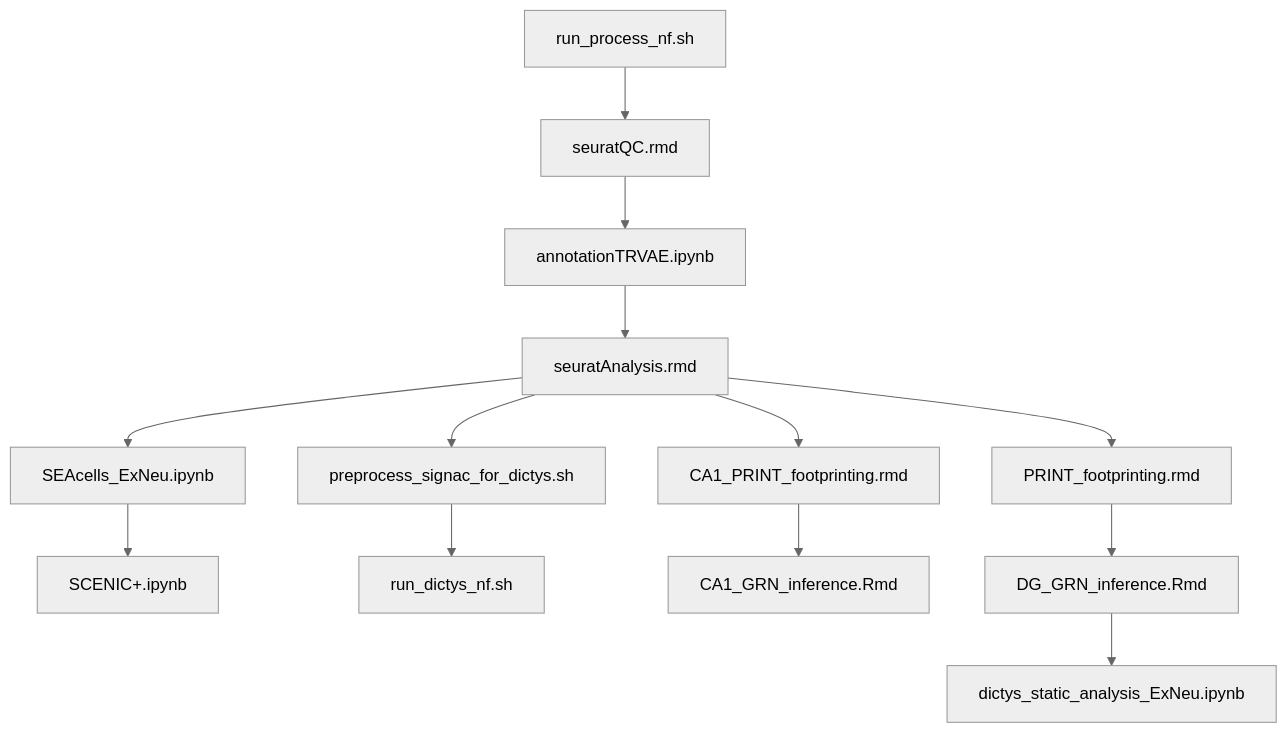
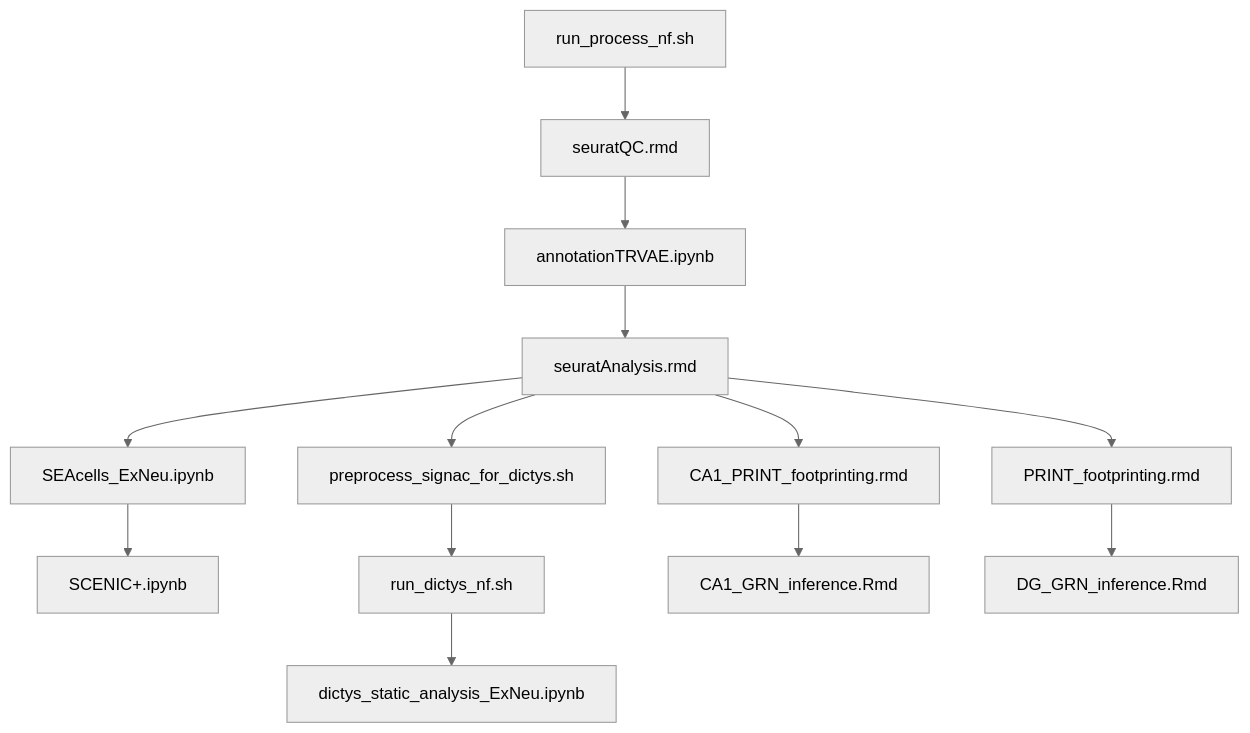
Before and after one commit to AndyCGraham/thesis: the diagram in README.md, drawn with Mermaid (neutral theme).

Commit message:
Fix: fixed readme graph

````diff
--- a/README.md
+++ b/README.md
@@ -28,15 +28,15 @@
 ```mermaid
     graph TD;
         A[run_process_nf.sh] --> B[seuratQC.rmd];
         B --> C[annotationTRVAE.ipynb];
         C --> D[seuratAnalysis.rmd];
         D --> E[PRINT_footprinting.rmd];
         D --> F[CA1_PRINT_footprinting.rmd];
         D --> G[SEAcells_ExNeu.ipynb];
         G --> H[SCENIC+.ipynb];
         D --> I[preprocess_signac_for_dictys.sh];
         I --> J[run_dictys_nf.sh];
         F --> K[CA1_GRN_inference.Rmd];
         E --> L[DG_GRN_inference.Rmd];
-        L --> M[dictys_static_analysis_ExNeu.ipynb]
+        J --> M[dictys_static_analysis_ExNeu.ipynb]
 ```
````
